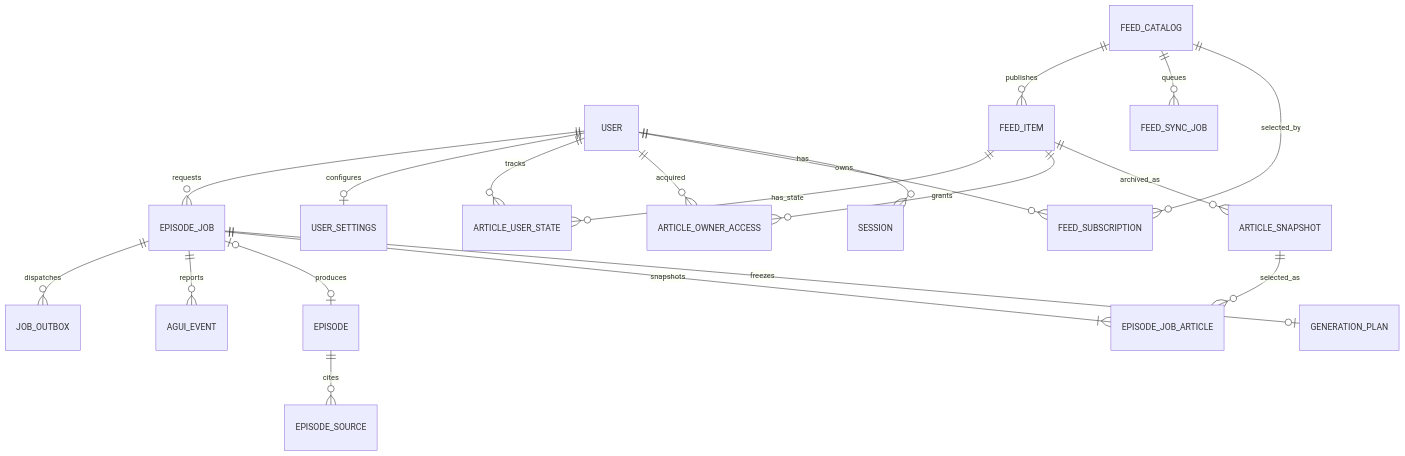
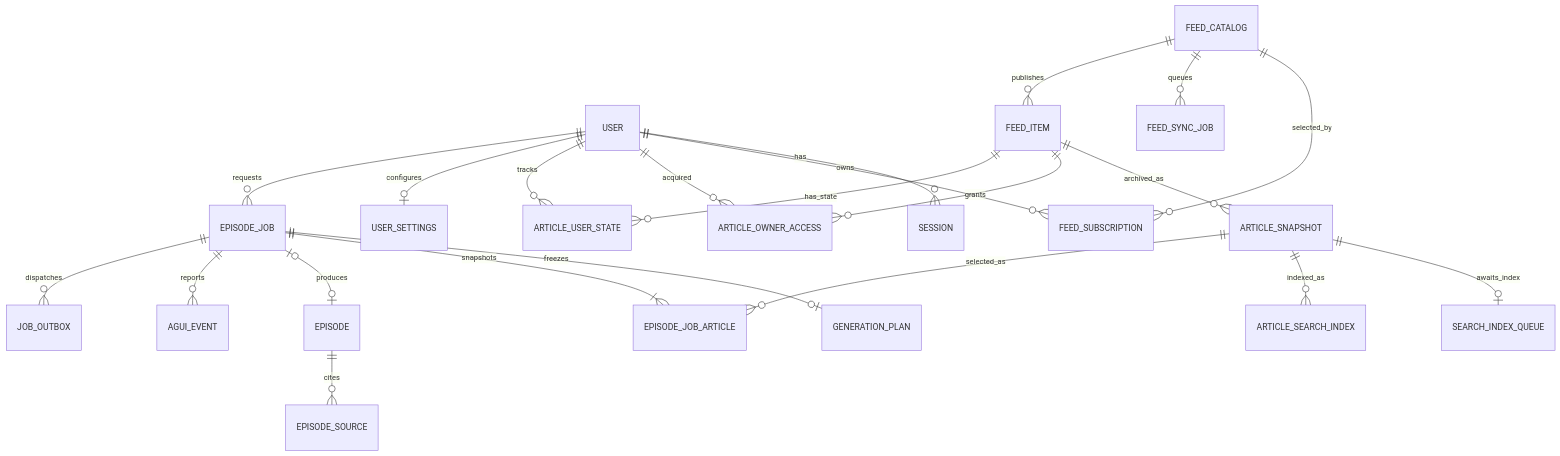
Before and after one commit to r4ai/news-podcast: diagram 13 of 15 in docs/architecture.md, drawn with Mermaid. The commit also changed other lines of this file and 34 other files, not shown here.

````diff
--- a/docs/architecture.md
+++ b/docs/architecture.md
@@ -333,22 +333,24 @@
 ```mermaid
 erDiagram
   USER ||--o{ SESSION : has
   USER ||--o{ FEED_SUBSCRIPTION : owns
   FEED_CATALOG ||--o{ FEED_SUBSCRIPTION : selected_by
   FEED_CATALOG ||--o{ FEED_SYNC_JOB : queues
   FEED_CATALOG ||--o{ FEED_ITEM : publishes
   FEED_ITEM ||--o{ ARTICLE_SNAPSHOT : archived_as
+  ARTICLE_SNAPSHOT ||--o| SEARCH_INDEX_QUEUE : awaits_index
+  ARTICLE_SNAPSHOT ||--o{ ARTICLE_SEARCH_INDEX : indexed_as
   USER ||--o{ ARTICLE_OWNER_ACCESS : acquired
   FEED_ITEM ||--o{ ARTICLE_OWNER_ACCESS : grants
   USER ||--o{ ARTICLE_USER_STATE : tracks
   FEED_ITEM ||--o{ ARTICLE_USER_STATE : has_state
   USER ||--o| USER_SETTINGS : configures
   USER ||--o{ EPISODE_JOB : requests
   EPISODE_JOB ||--o| GENERATION_PLAN : freezes
   EPISODE_JOB ||--|{ EPISODE_JOB_ARTICLE : snapshots
   ARTICLE_SNAPSHOT ||--o{ EPISODE_JOB_ARTICLE : selected_as
   EPISODE_JOB o|--o| EPISODE : produces
   EPISODE ||--o{ EPISODE_SOURCE : cites
   EPISODE_JOB ||--o{ AGUI_EVENT : reports
   EPISODE_JOB ||--o{ JOB_OUTBOX : dispatches
 ```
````
